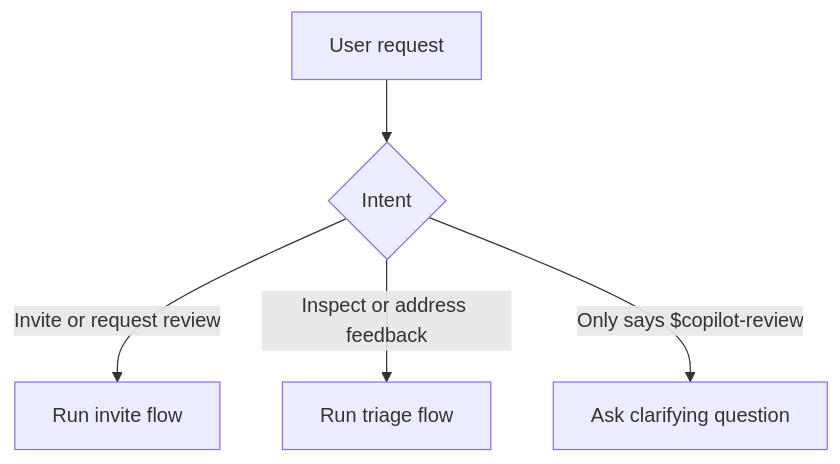
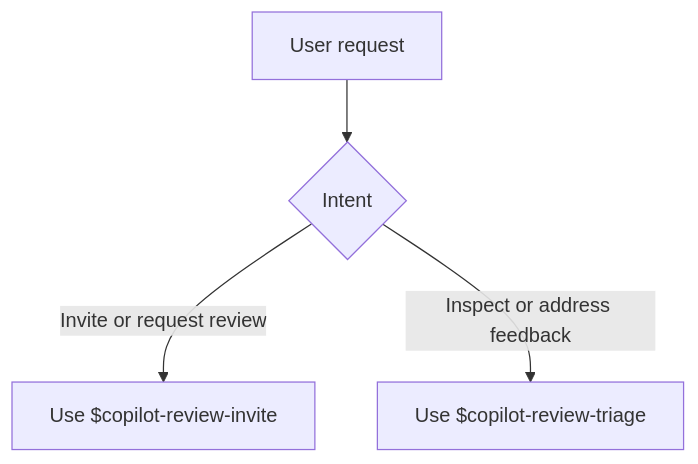
Before and after one commit to Ma233/copilot-review: the diagram in README.md, drawn with Mermaid. The commit also changed other lines of this file and 8 other files, not shown here.

Commit message:
Split copilot review skills

````diff
--- a/README.md
+++ b/README.md
@@ -45,7 +16,6 @@
 ```mermaid
 flowchart TD
     A[User request] --> B{Intent}
-    B -->|Invite or request review| C[Run invite flow]
-    B -->|Inspect or address feedback| D[Run triage flow]
-    B -->|Only says $copilot-review| E[Ask clarifying question]
+    B -->|Invite or request review| C[Use $copilot-review-invite]
+    B -->|Inspect or address feedback| D[Use $copilot-review-triage]
 ```
````
